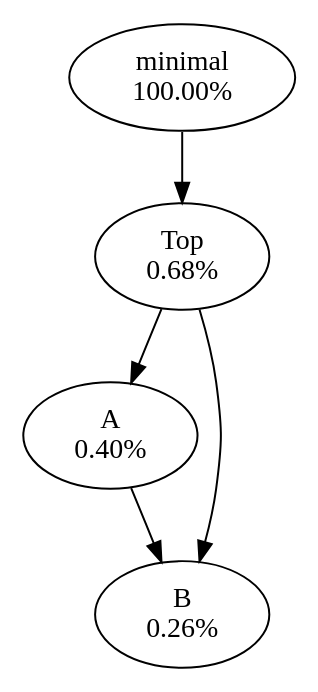
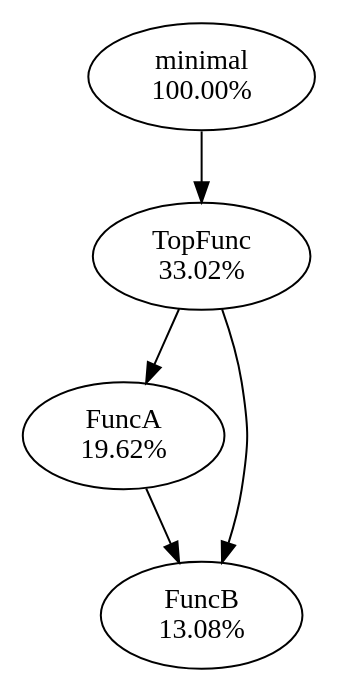
Before and after one commit to f18m/malloc-tag: the diagram in examples/minimal/minimal_stats.dot, drawn with Graphviz. The commit also changed 6 other files, not shown here.

```diff
--- a/examples/minimal/minimal_stats.dot
+++ b/examples/minimal/minimal_stats.dot
@@ -1,11 +1,11 @@
 digraph MallocTree {
 minimal [label="minimal\n100.00%"]
-minimal -> Top
-Top [label="Top\n0.68%"]
-Top -> A
-Top -> B
-A [label="A\n0.40%"]
-A -> B
-B [label="B\n0.26%"]
-B [label="B\n0.26%"]
+minimal -> TopFunc
+TopFunc [label="TopFunc\n33.02%"]
+TopFunc -> FuncA
+TopFunc -> FuncB
+FuncA [label="FuncA\n19.62%"]
+FuncA -> FuncB
+FuncB [label="FuncB\n13.08%"]
+FuncB [label="FuncB\n13.08%"]
 }
```
